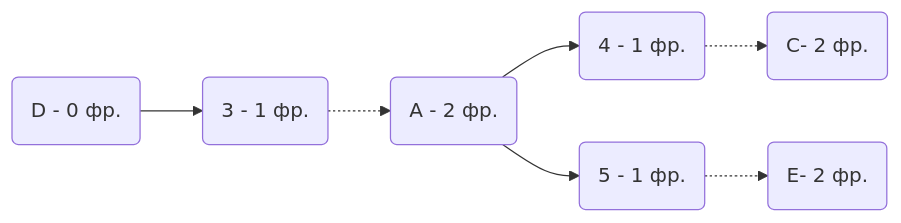
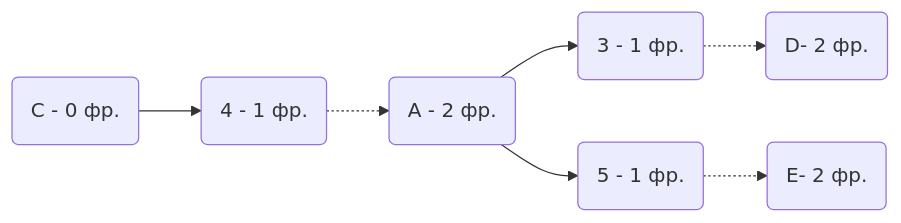
The tenth of 14 diagrams in task-8/Milty-task-8.md (hse-algo-24-crow/manual-tasks-crow), drawn with Mermaid before and after one commit. The commit also changed other lines of this file, not shown here.

````diff
--- a/task-8/Milty-task-8.md
+++ b/task-8/Milty-task-8.md
@@ -302,5 +325,5 @@
 ```mermaid
 graph LR
-    D(D - 0 фр.)  --> 3(3 - 1 фр.) -.-> A(A - 2 фр.) --> 4(4 - 1 фр.) -.-> C(C- 2 фр.)
+    C(C - 0 фр.)  --> 4(4 - 1 фр.) -.-> A(A - 2 фр.) --> 3(3 - 1 фр.) -.-> D(D- 2 фр.)
     A(A - 2 фр.) --> 5(5 - 1 фр.) -.-> E(E- 2 фр.)
 ```
````
